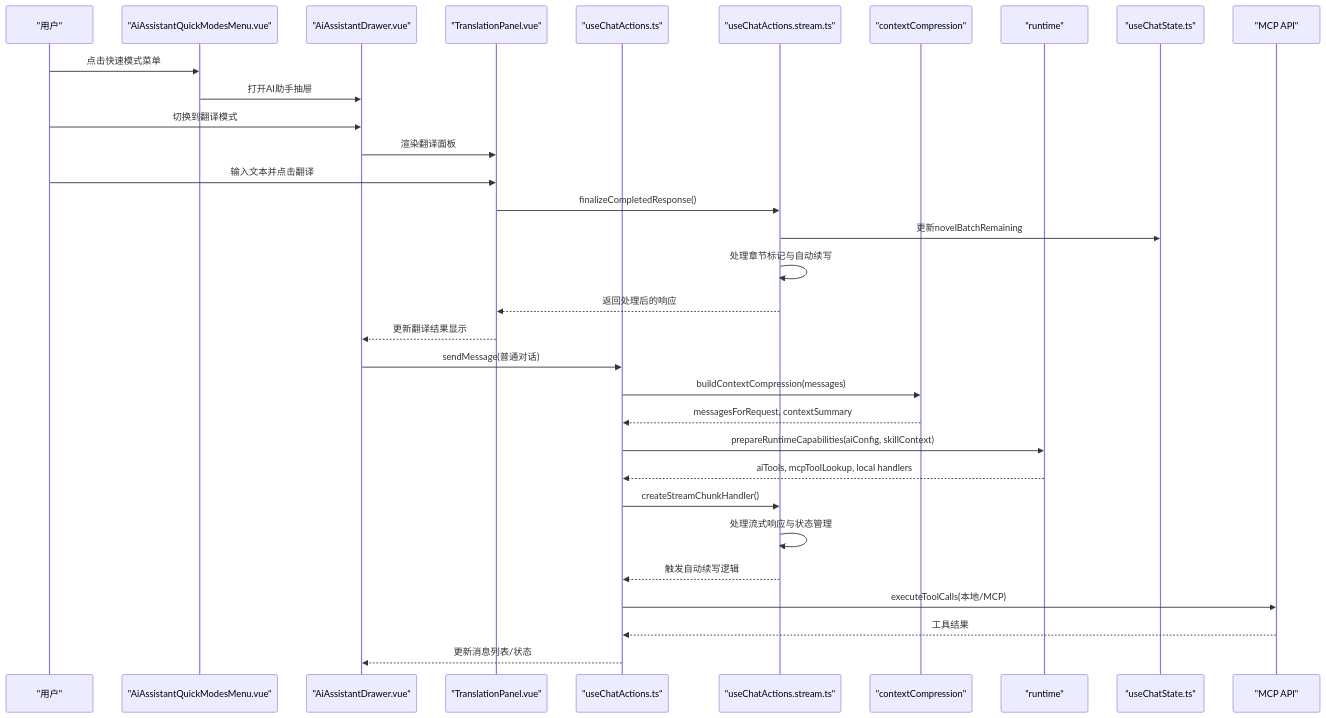
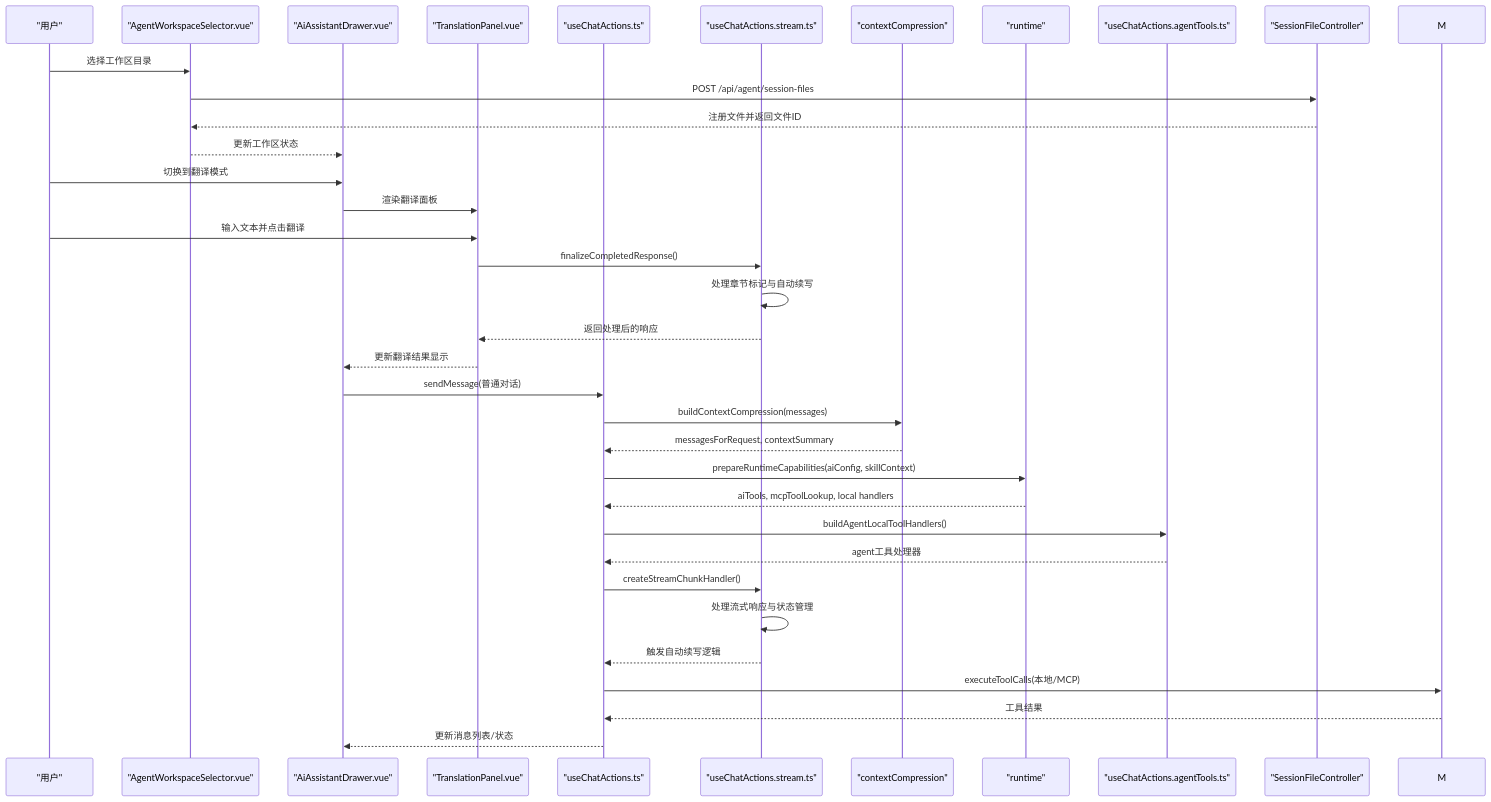
One commit to xixixiaoyu/Todo changed the second of 20 diagrams in .qoder/repowiki/zh/content/核心模块/AI助手系统/AI助手系统.md. Above: the diagram before and after it, drawn with Mermaid. The commit also changed other lines of this file and 6 other files, not shown here.

````diff
--- a/.qoder/repowiki/zh/content/核心模块/AI助手系统/AI助手系统.md
+++ b/.qoder/repowiki/zh/content/核心模块/AI助手系统/AI助手系统.md
@@ -295,34 +276,37 @@
 ```mermaid
 sequenceDiagram
 participant U as "用户"
-participant QM as "AiAssistantQuickModesMenu.vue"
+participant WS as "AgentWorkspaceSelector.vue"
 participant D as "AiAssistantDrawer.vue"
 participant T as "TranslationPanel.vue"
 participant C as "useChatActions.ts"
 participant S as "useChatActions.stream.ts"
 participant CC as "contextCompression"
 participant R as "runtime"
-participant CS as "useChatState.ts"
-participant M as "MCP API"
-U->>QM : 点击快速模式菜单
-QM->>D : 打开AI助手抽屉
+participant AT as "useChatActions.agentTools.ts"
+participant SC as "SessionFileController"
+U->>WS : 选择工作区目录
+WS->>SC : POST /api/agent/session-files
+SC-->>WS : 注册文件并返回文件ID
+WS-->>D : 更新工作区状态
 U->>D : 切换到翻译模式
 D->>T : 渲染翻译面板
 U->>T : 输入文本并点击翻译
 T->>S : finalizeCompletedResponse()
-S->>CS : 更新novelBatchRemaining
 S->>S : 处理章节标记与自动续写
 S-->>T : 返回处理后的响应
 T-->>D : 更新翻译结果显示
 D->>C : sendMessage(普通对话)
 C->>CC : buildContextCompression(messages)
 CC-->>C : messagesForRequest, contextSummary
 C->>R : prepareRuntimeCapabilities(aiConfig, skillContext)
 R-->>C : aiTools, mcpToolLookup, local handlers
+C->>AT : buildAgentLocalToolHandlers()
+AT-->>C : agent工具处理器
 C->>S : createStreamChunkHandler()
 S->>S : 处理流式响应与状态管理
 S-->>C : 触发自动续写逻辑
 C->>M : executeToolCalls(本地/MCP)
 M-->>C : 工具结果
 C-->>D : 更新消息列表/状态
 ```
````
